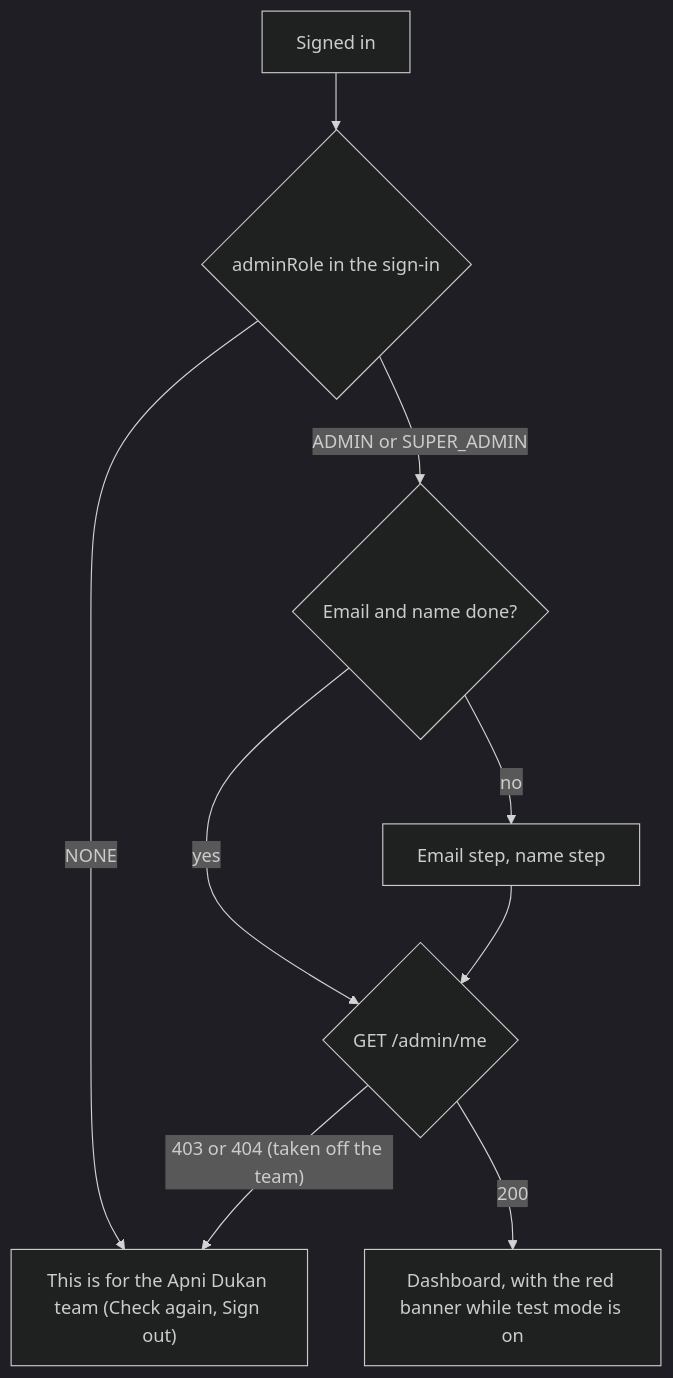
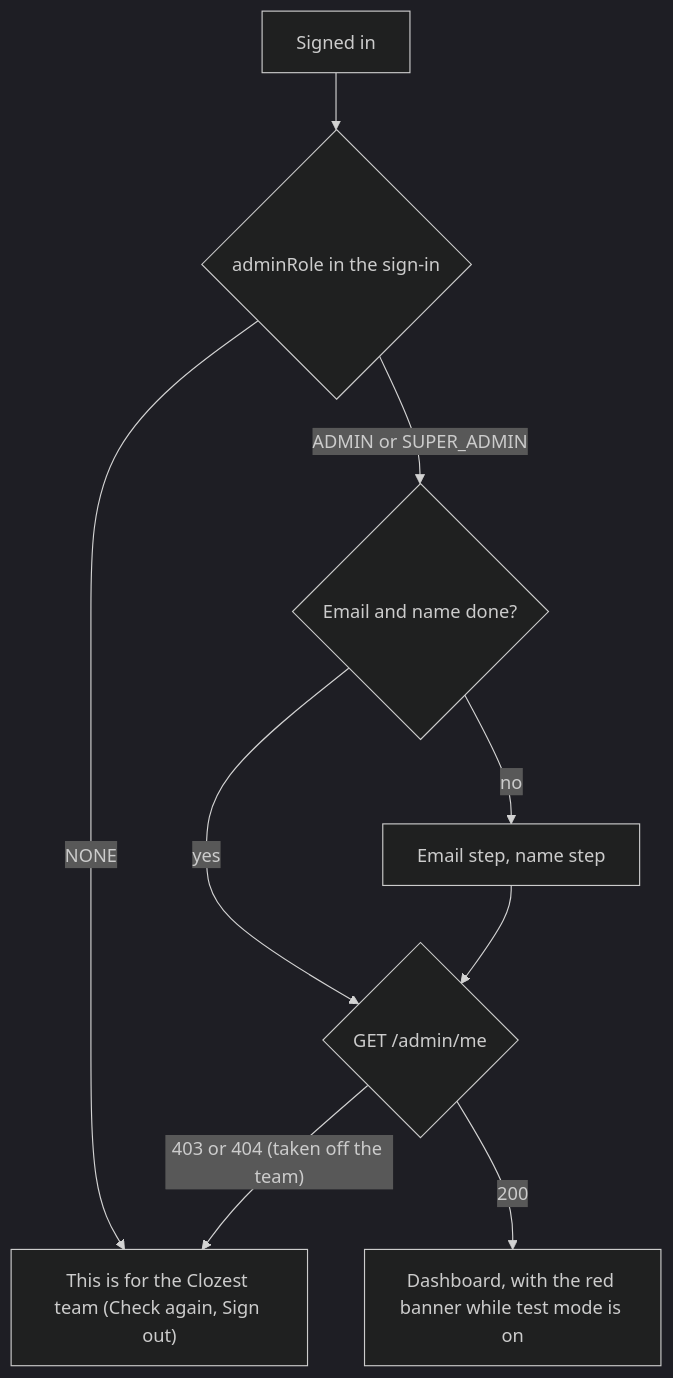
The first of 2 diagrams in README.md (Premanshu-jha/apni-dukan-admin), drawn with Mermaid (dark theme) before and after one commit. The commit also changed other lines of this file and 25 other files, not shown here.

````diff
--- a/README.md
+++ b/README.md
@@ -90,11 +90,11 @@
 ```mermaid
 flowchart TD
   A["Signed in"] --> B{"adminRole in the sign-in"}
-  B -- "NONE" --> N["This is for the Apni Dukan team (Check again, Sign out)"]
+  B -- "NONE" --> N["This is for the Clozest team (Check again, Sign out)"]
   B -- "ADMIN or SUPER_ADMIN" --> C{"Email and name done?"}
   C -- "no" --> W["Email step, name step"]
   C -- "yes" --> D{"GET /admin/me"}
   W --> D
   D -- "403 or 404 (taken off the team)" --> N
   D -- "200" --> E["Dashboard, with the red banner while test mode is on"]
 ```
````
